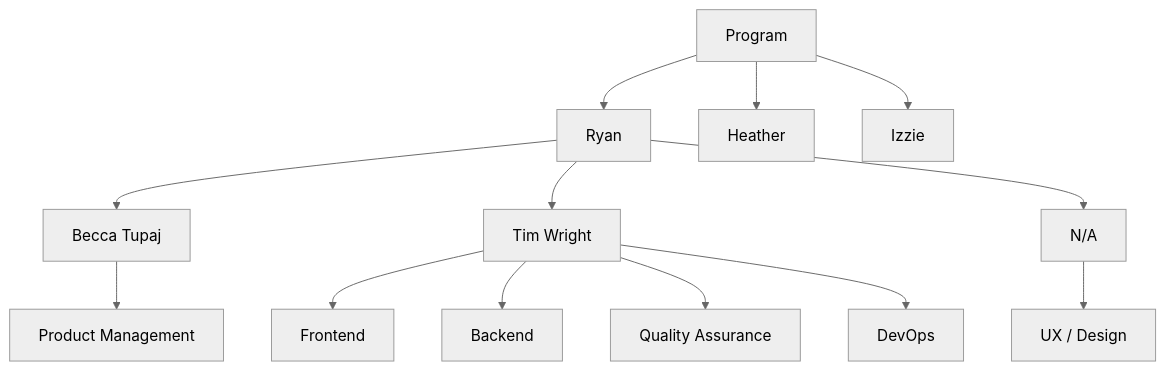
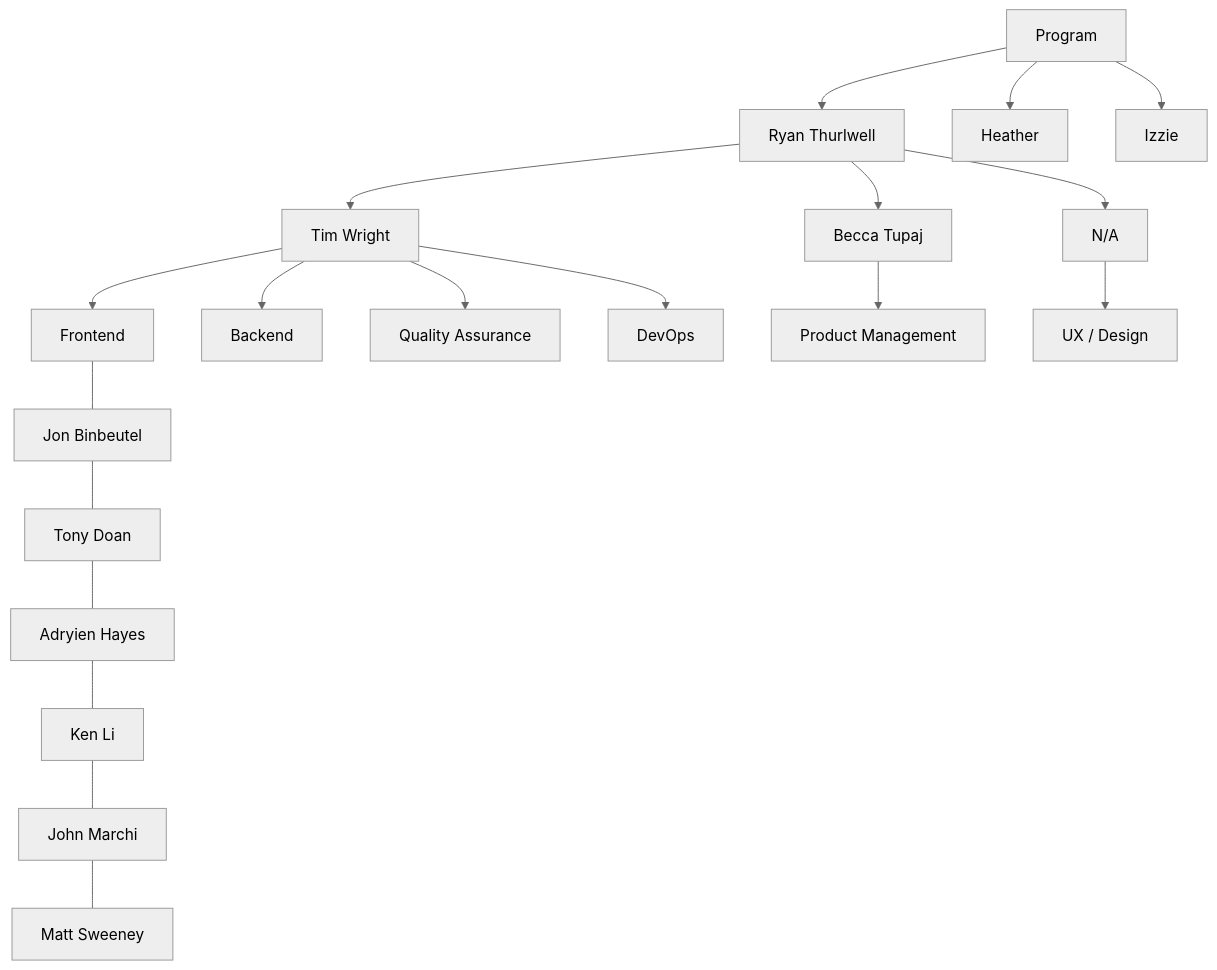
Before and after one commit to department-of-veterans-affairs/va.gov-team: the second of 2 diagrams in products/va-mobile-app/Teams/MobileDesignSystem/test.md, drawn with Mermaid.

````diff
--- a/products/va-mobile-app/Teams/MobileDesignSystem/test.md
+++ b/products/va-mobile-app/Teams/MobileDesignSystem/test.md
@@ -31,13 +31,20 @@
 ```mermaid
 ---
 config:
   theme: neutral
   layout: fixed
 ---
 flowchart TD
-    PROG["Program"] --> RT["Ryan"] & HG["Heather"] & IZ["Izzie"]
+    PROG["Program"] --> RT["Ryan Thurlwell"] & HG["Heather"] & IZ["Izzie"]
     RT --> BT["Becca Tupaj"] & TW["Tim Wright"] & NA["N/A"]
     TW --> FE["Frontend"] & BE["Backend"] & QA["Quality Assurance"] & DEVOPS["DevOps"]
     BT --> PM["Product Management"]
     NA --> UX["UX / Design"]
+    FE --- JB["Jon Binbeutel"]
+    JB --- TD["Tony Doan"]
+    TD --- AH["Adryien Hayes"]
+    AH --- KL["Ken Li"]
+    KL --- JM["John Marchi"]
+    JM --- MS["Matt Sweeney"]
+    
 ```
````
